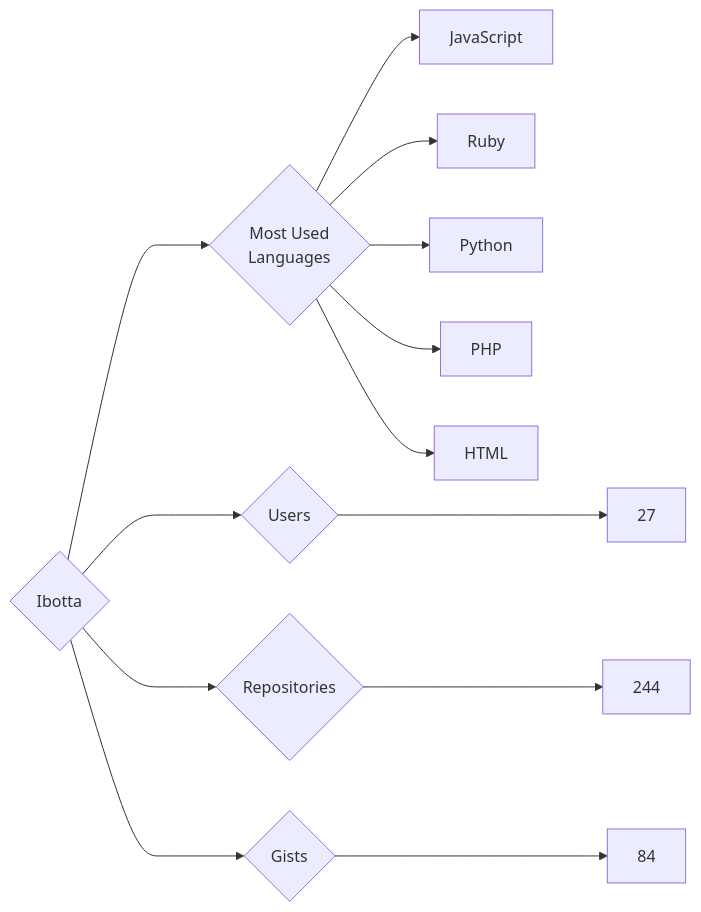
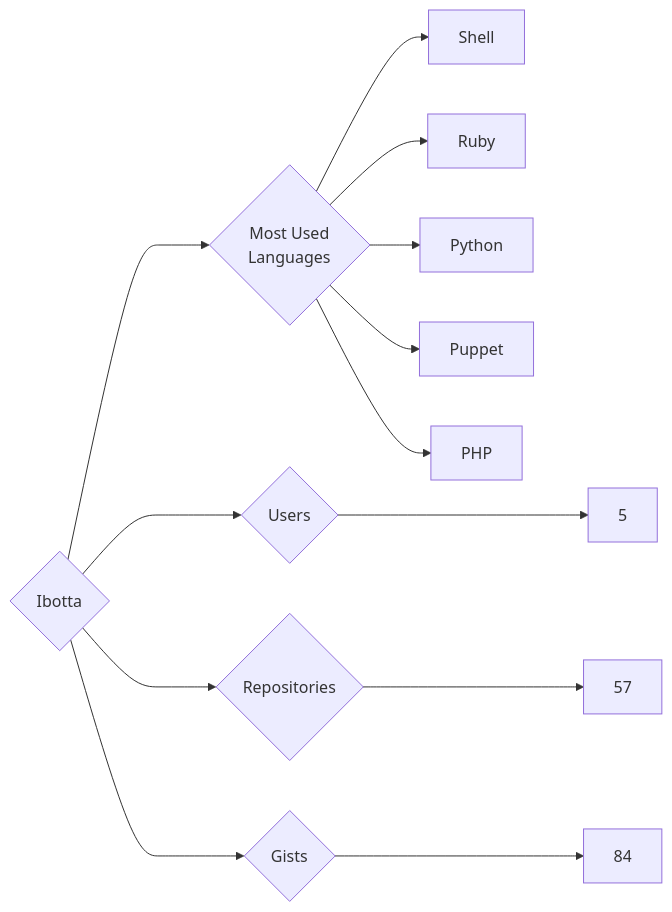
The diagram in targets/Ibotta/README.md (trickest/insiders), drawn with Mermaid before and after one commit. The commit also changed 874 other files, not shown here.

````diff
--- a/targets/Ibotta/README.md
+++ b/targets/Ibotta/README.md
@@ -3,13 +3,13 @@
 ```mermaid
 graph LR
 COMPANY_NAME{Ibotta}
-COMPANY_NAME ---> U{Users} ---> UN[27]
-COMPANY_NAME ---> R{Repositories} ---> RN[244]
+COMPANY_NAME ---> U{Users} ---> UN[5]
+COMPANY_NAME ---> R{Repositories} ---> RN[57]
 COMPANY_NAME ---> G{Gists} ---> GN[84]
 COMPANY_NAME ---> ML{Most Used<br>Languages}
-ML --> JavaScript[JavaScript]
+ML --> Shell[Shell]
 ML --> Ruby[Ruby]
 ML --> Python[Python]
+ML --> Puppet[Puppet]
 ML --> PHP[PHP]
-ML --> HTML[HTML]
 ```
````
